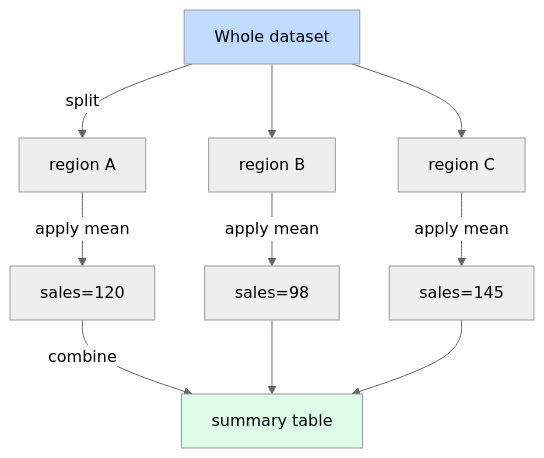
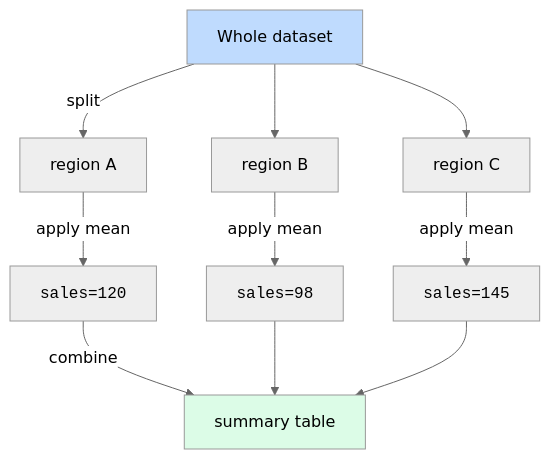
One commit to dataslope/dataslope changed the diagram in content/learn/practical-r-for-beginners/grouped-analysis.mdx. Above: the diagram before and after it, drawn with Mermaid (neutral theme). The commit also changed 218 other files, not shown here.

First line of the commit message:
Render code-only mermaid shapes in monospace; convert step sequences to Steps (#467)

````diff
--- a/content/learn/practical-r-for-beginners/grouped-analysis.mdx
+++ b/content/learn/practical-r-for-beginners/grouped-analysis.mdx
@@ -17,14 +17,14 @@
 ```mermaid
 flowchart TD
   data["Whole dataset"] -->|split| grp1["region A"]
   data --> grp2["region B"]
   data --> grp3["region C"]
-  grp1 -->|apply mean| s1["sales=120"]
-  grp2 -->|apply mean| s2["sales=98"]
-  grp3 -->|apply mean| s3["sales=145"]
+  grp1 -->|apply mean| s1["<code>sales=120</code>"]
+  grp2 -->|apply mean| s2["<code>sales=98</code>"]
+  grp3 -->|apply mean| s3["<code>sales=145</code>"]
   s1 -->|combine| out["summary table"]
   s2 --> out
   s3 --> out
   style data fill:#bfdbfe
   style out fill:#dcfce7
 ```
````
